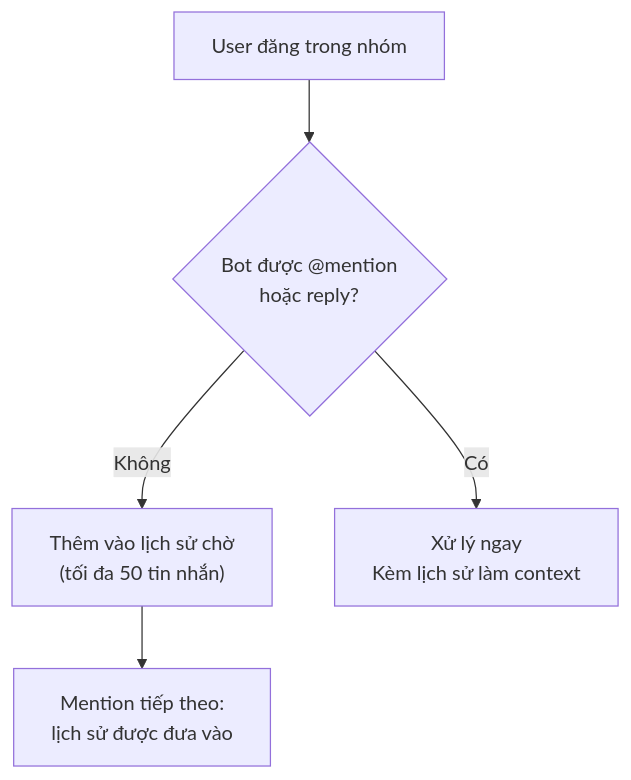
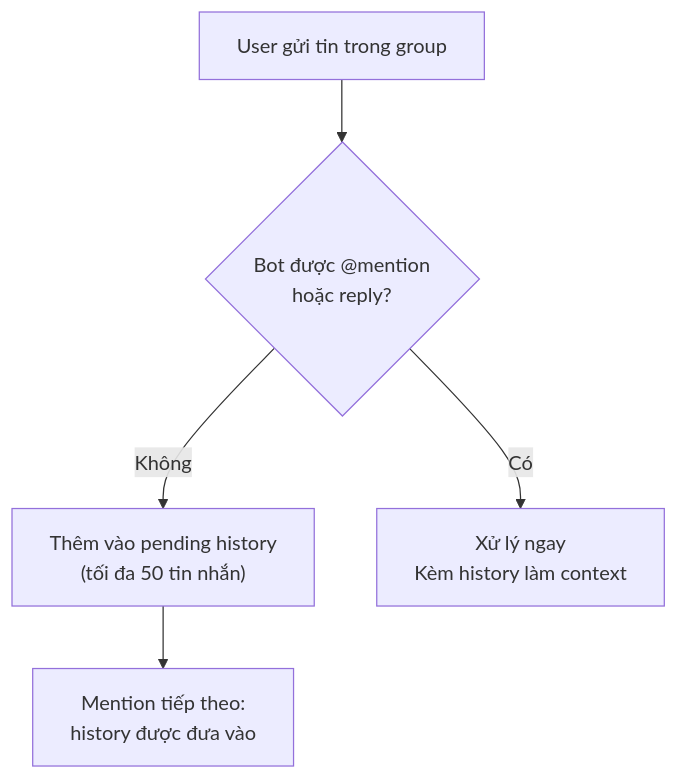
One commit to jooray/goclaw-docs changed the diagram in vi/channels/telegram.md. Above: the diagram before and after it, drawn with Mermaid. The commit also changed other lines of this file and 1 other file, not shown here.

````diff
--- a/vi/channels/telegram.md
+++ b/vi/channels/telegram.md
@@ -108,7 +110,7 @@
 ```mermaid
 flowchart TD
-    MSG["User đăng trong nhóm"] --> MENTION{"Bot được @mention<br/>hoặc reply?"}
-    MENTION -->|Không| BUFFER["Thêm vào lịch sử chờ<br/>(tối đa 50 tin nhắn)"]
-    MENTION -->|Có| PROCESS["Xử lý ngay<br/>Kèm lịch sử làm context"]
-    BUFFER --> NEXT["Mention tiếp theo:<br/>lịch sử được đưa vào"]
+    MSG["User gửi tin trong group"] --> MENTION{"Bot được @mention<br/>hoặc reply?"}
+    MENTION -->|Không| BUFFER["Thêm vào pending history<br/>(tối đa 50 tin nhắn)"]
+    MENTION -->|Có| PROCESS["Xử lý ngay<br/>Kèm history làm context"]
+    BUFFER --> NEXT["Mention tiếp theo:<br/>history được đưa vào"]
 ```
````
